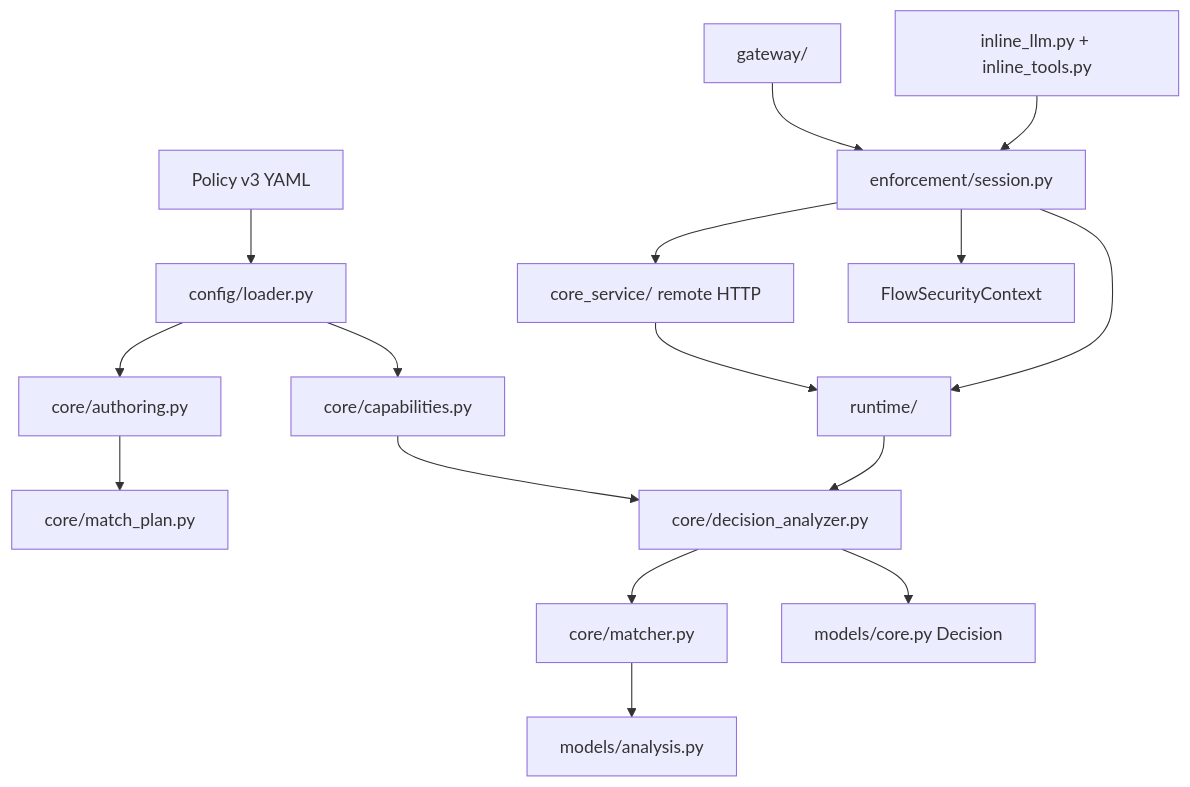
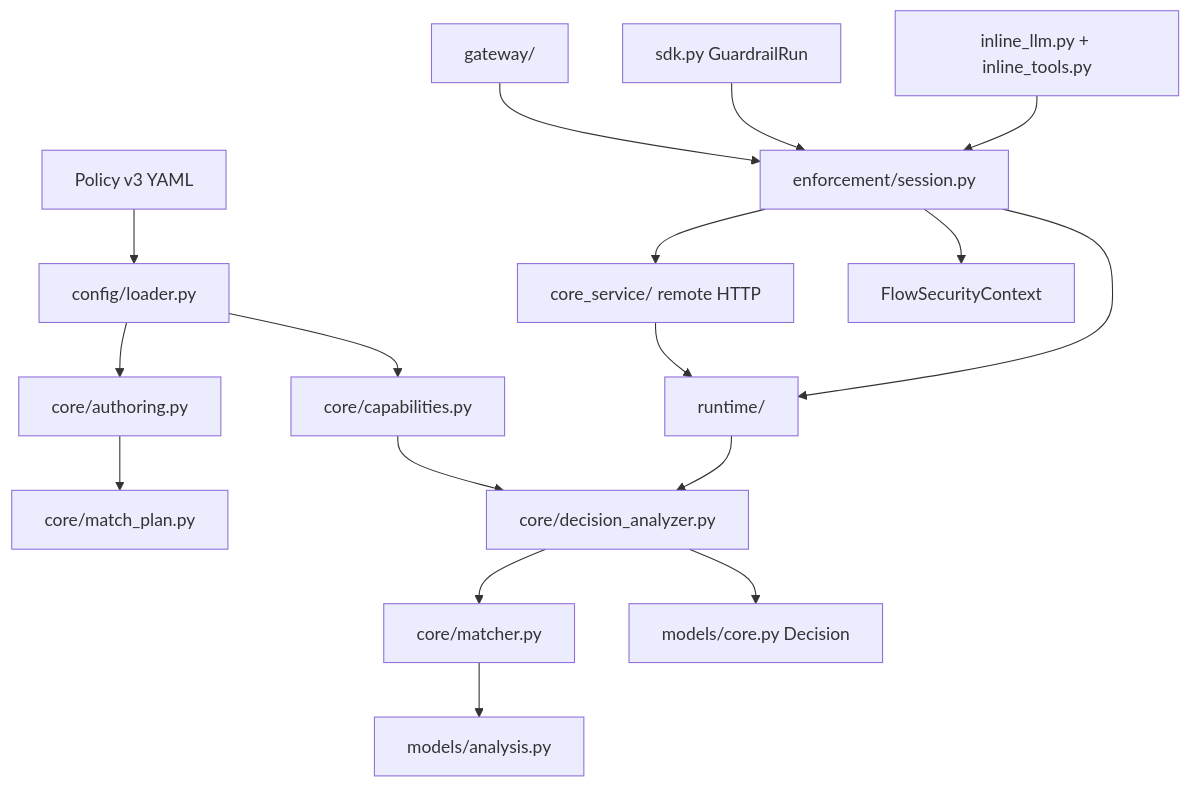
The diagram in docs/contributing.md (cipeizheng/agent-guardrail), drawn with Mermaid before and after one commit. The commit also changed other lines of this file and 86 other files, not shown here.

Commit message:
feat!: introduce phase-free guardrail SDK

````diff
--- a/docs/contributing.md
+++ b/docs/contributing.md
@@ -20,18 +20,19 @@
 ```mermaid
 flowchart TD
     YAML[Policy v3 YAML] --> Loader[config/loader.py]
     Loader --> Author[core/authoring.py]
     Author --> Plan[core/match_plan.py]
     Loader --> Cap[core/capabilities.py]
     Cap --> Analyzer[core/decision_analyzer.py]
     Analyzer --> Matcher[core/matcher.py]
     Matcher --> Report[models/analysis.py]
     Analyzer --> Decision[models/core.py Decision]
     Runtime[runtime/] --> Analyzer
     Remote[core_service/ remote HTTP] --> Runtime
     Gateway[gateway/] --> Session[enforcement/session.py]
+    SDK[sdk.py GuardrailRun] --> Session
     Inline[inline_llm.py + inline_tools.py] --> Session
     Session --> Runtime
     Session --> Remote
     Session --> Security[FlowSecurityContext]
 ```
````
